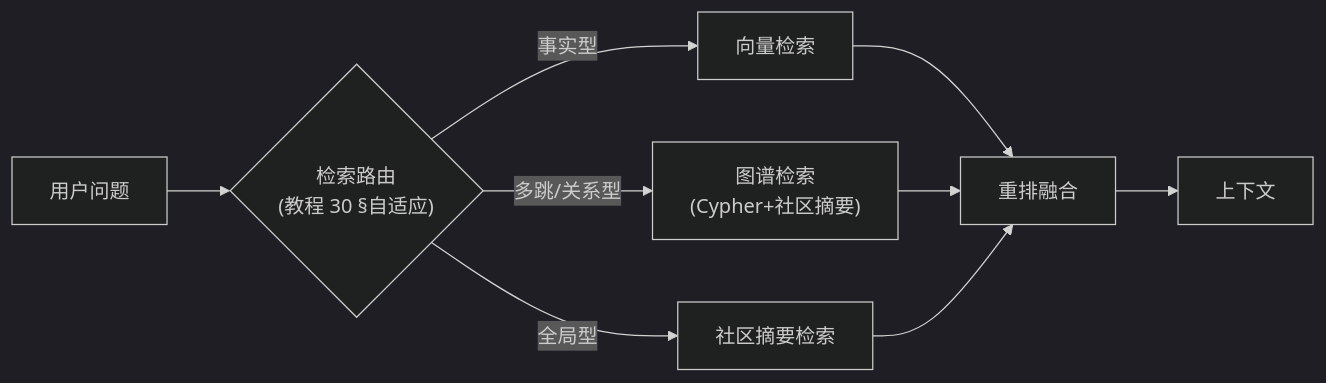
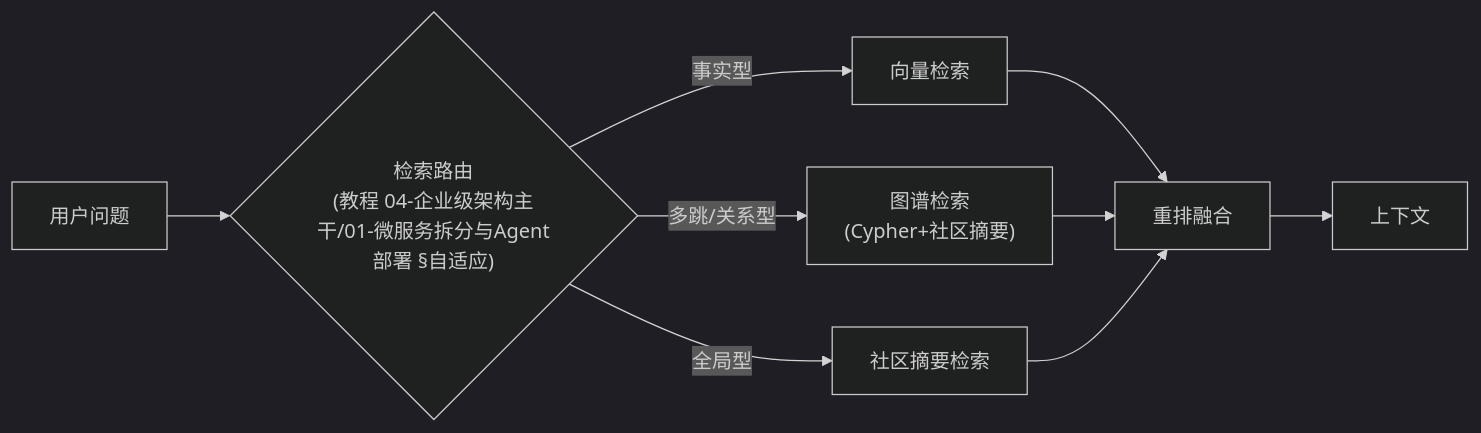
One commit to UranusGit/java-agent-learn changed the second of 2 diagrams in docs/附录/10-知识图谱工程/00-Neo4j落地GraphRAG.md. Above: the diagram before and after it, drawn with Mermaid (dark theme). The commit also changed other lines of this file and 634 other files, not shown here.

````diff
--- a/docs/附录/10-知识图谱工程/00-Neo4j落地GraphRAG.md
+++ b/docs/附录/10-知识图谱工程/00-Neo4j落地GraphRAG.md
@@ -123,8 +123,8 @@
 ```mermaid
 flowchart LR
-    Q["用户问题"] --> CLS{"检索路由<br/>(教程 30 §自适应)"}
+    Q["用户问题"] --> CLS{"检索路由<br/>(教程 04-企业级架构主干/01-微服务拆分与Agent部署 §自适应)"}
     CLS -->|事实型| VS["向量检索"]
     CLS -->|多跳/关系型| GS["图谱检索<br/>(Cypher+社区摘要)"]
     CLS -->|全局型| CS["社区摘要检索"]
     VS & GS & CS --> RR["重排融合"] --> CTX["上下文"]
 ```
````
